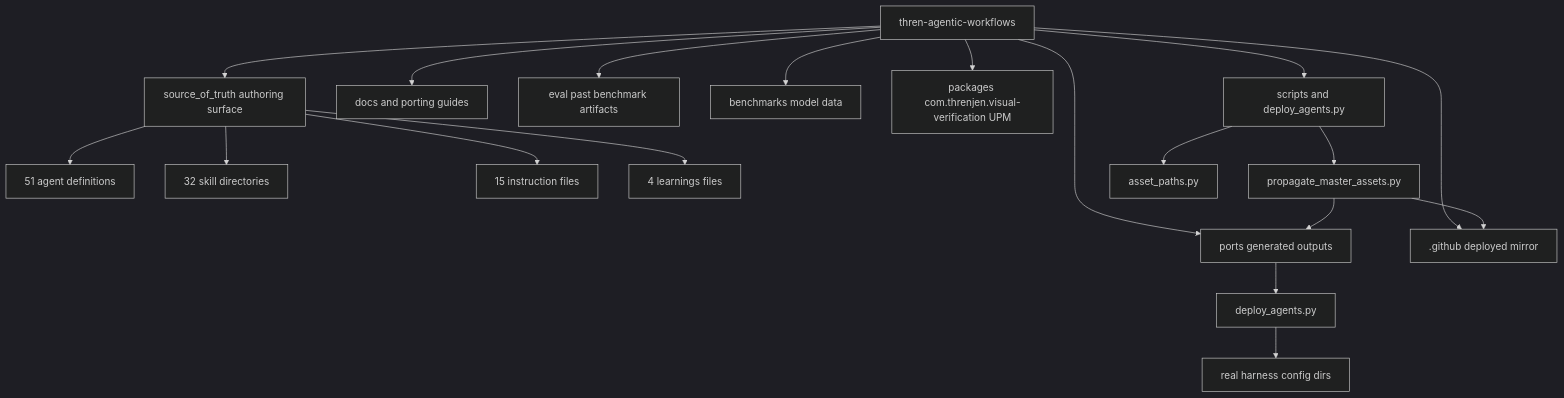
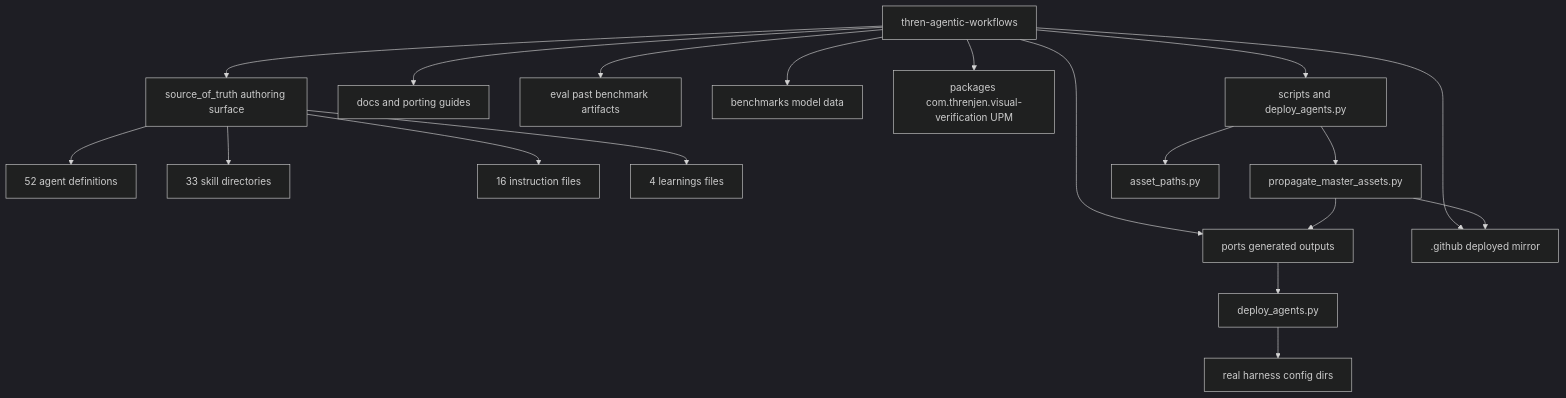
The first of 4 diagrams in docs/ARCHITECTURE.md (threnjen/thren-agentic-workflows), drawn with Mermaid (dark theme) before and after one commit. The commit also changed other lines of this file and 109 other files, not shown here.

````diff
--- a/docs/ARCHITECTURE.md
+++ b/docs/ARCHITECTURE.md
@@ -23,25 +23,25 @@
 ```mermaid
 flowchart TD
     Root[thren-agentic-workflows]
 
     Root --> SOT[source_of_truth authoring surface]
     Root --> Ports[ports generated outputs]
     Root --> DotGithub[.github deployed mirror]
     Root --> Docs[docs and porting guides]
     Root --> Eval[eval past benchmark artifacts]
     Root --> Bench[benchmarks model data]
     Root --> Pkg[packages com.threnjen.visual-verification UPM]
     Root --> Scripts[scripts and deploy_agents.py]
 
-    SOT --> Agents[51 agent definitions]
-    SOT --> Skills[32 skill directories]
-    SOT --> Instructions[15 instruction files]
+    SOT --> Agents[52 agent definitions]
+    SOT --> Skills[33 skill directories]
+    SOT --> Instructions[16 instruction files]
     SOT --> Learnings[4 learnings files]
 
     Scripts --> Propagate[propagate_master_assets.py]
     Scripts --> Shared[asset_paths.py]
     Propagate --> Ports
     Propagate --> DotGithub
     Deploy[deploy_agents.py] --> RealDirs[real harness config dirs]
     Ports --> Deploy
 ```
````
